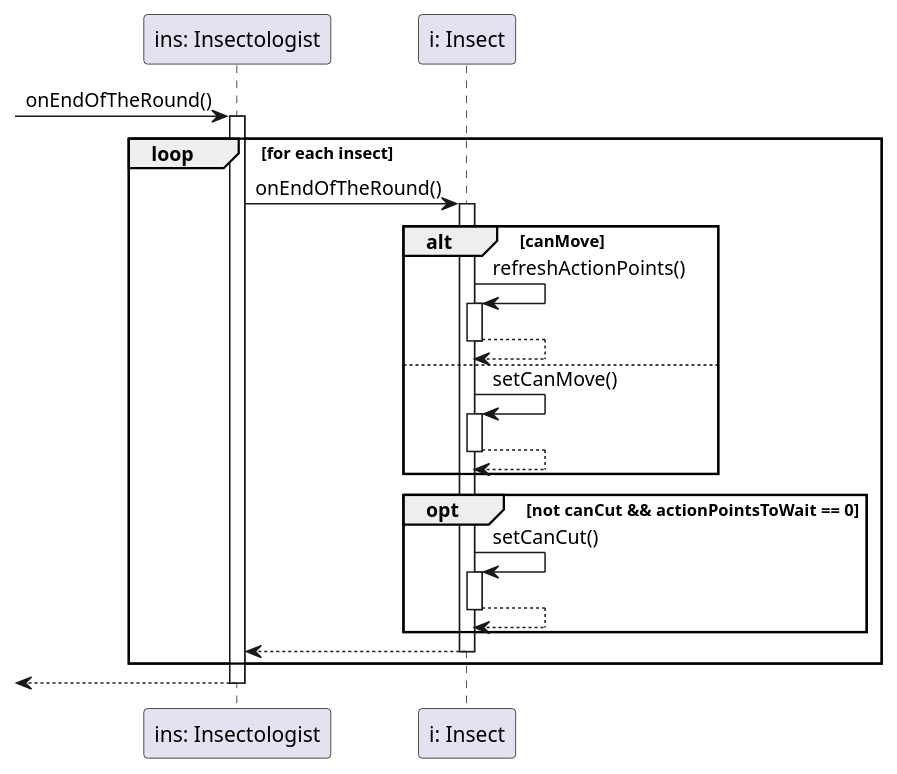
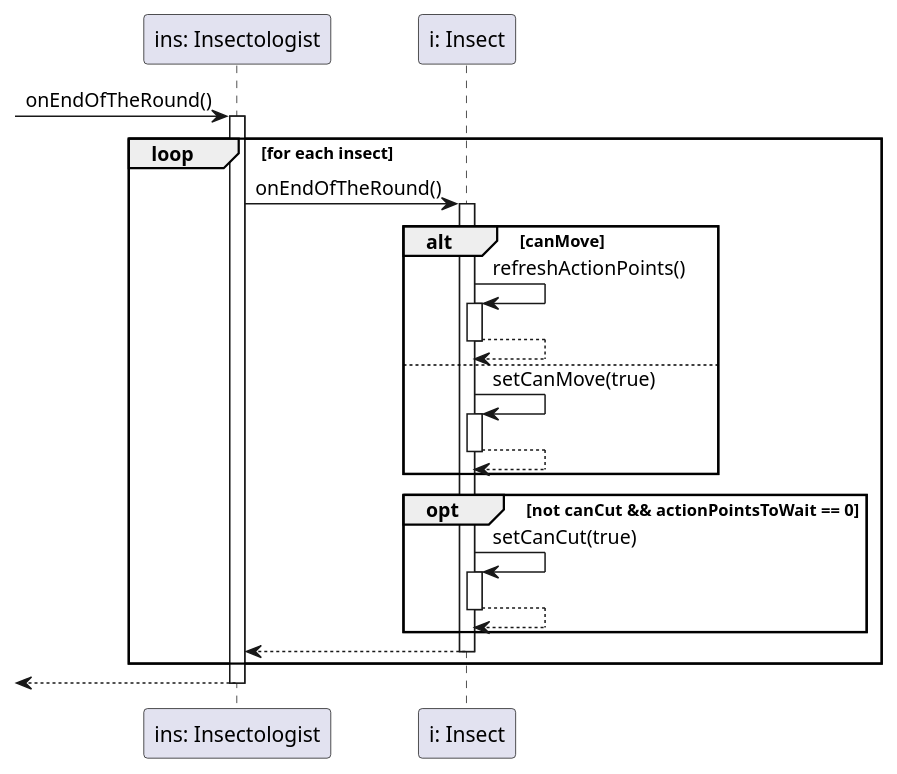
The diagram in diagrams/sequence/player/insectologist/onEndOfTheRound.plantuml (dzsem/projlab), drawn with PlantUML before and after one commit. The commit also changed 17 other files, not shown here.

Commit message:
Patch diagrams round 1

```diff
--- a/diagrams/sequence/player/insectologist/onEndOfTheRound.plantuml
+++ b/diagrams/sequence/player/insectologist/onEndOfTheRound.plantuml
@@ -1,44 +1,44 @@
 @startuml Insectologist.onEndOfTheRound
 
 participant "ins: Insectologist" as ins
 participant "i: Insect" as i
 
 -> ins: onEndOfTheRound()
 activate ins
 
 loop for each insect
 
 	ins -> i: onEndOfTheRound()
 	activate i
 
 	alt canMove
 		i -> i: refreshActionPoints()
 		activate i
 
 		i --> i
 		deactivate i
 	else
-		i -> i: setCanMove()
+		i -> i: setCanMove(true)
 		activate i
 
 		i --> i
 		deactivate i
 	end
 
 	opt not canCut && actionPointsToWait == 0
-		i -> i: setCanCut()
+		i -> i: setCanCut(true)
 		activate i
 
 		i --> i
 		deactivate i
 	end
 
 	ins <-- i
 	deactivate i
 
 end
 
 <-- ins
 deactivate ins
 
 @enduml
```
